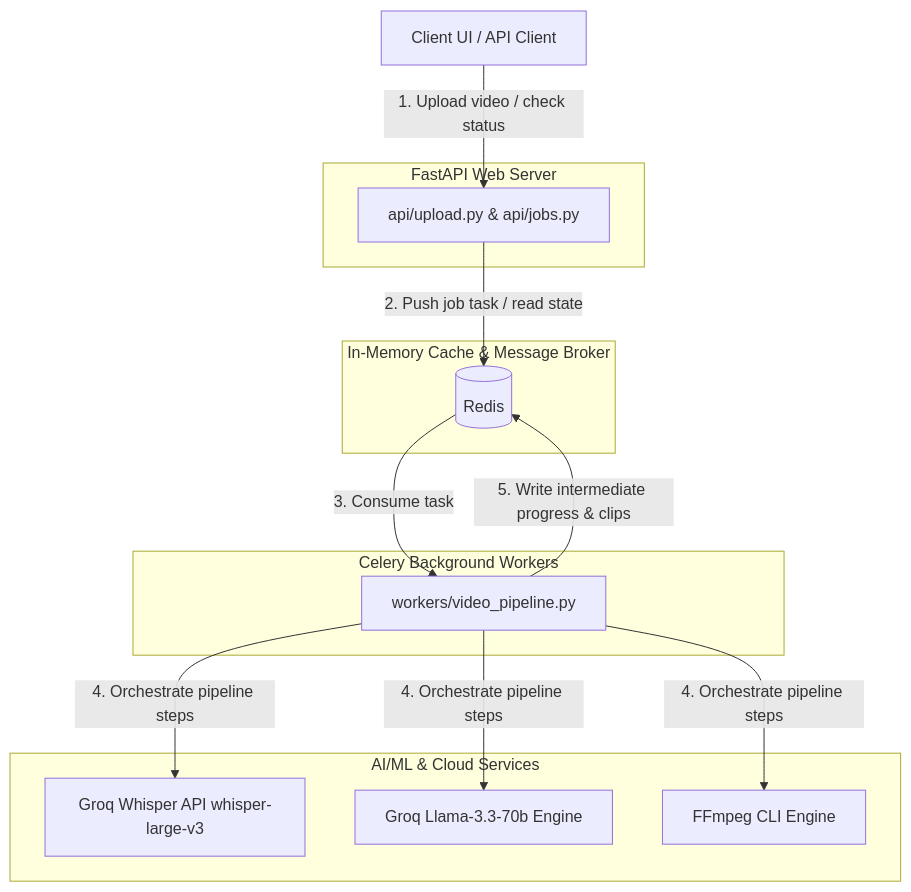
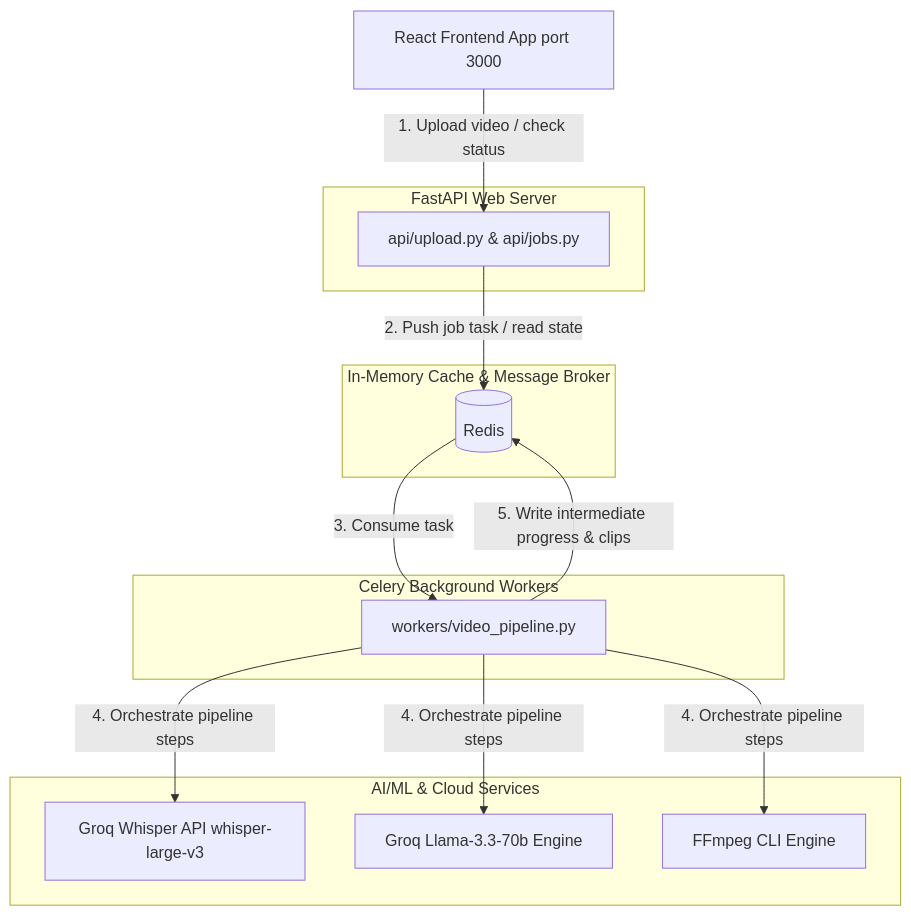
Before and after one commit to kanak227/Framey: the first of 2 diagrams in ARCHITECTURE.md, drawn with Mermaid. The commit also changed other lines of this file and 19 other files, not shown here.

Commit message:
feat: implement React Vite frontend client and update docker compose

````diff
--- a/ARCHITECTURE.md
+++ b/ARCHITECTURE.md
@@ -11,30 +11,30 @@
 ```mermaid
 graph TD
-    Client[Client UI / API Client]
+    Client[React Frontend App port 3000]
     
     subgraph FastAPI Web Server
         API[api/upload.py & api/jobs.py]
     end
     
     subgraph In-Memory Cache & Message Broker
         Redis[(Redis)]
     end
     
     subgraph Celery Background Workers
         Worker[workers/video_pipeline.py]
     end
     
     subgraph AI/ML & Cloud Services
         Whisper[Groq Whisper API whisper-large-v3]
         Groq[Groq Llama-3.3-70b Engine]
         FFmpeg[FFmpeg CLI Engine]
     end
     
     Client -->|1. Upload video / check status| API
     API -->|2. Push job task / read state| Redis
     Redis -->|3. Consume task| Worker
     Worker -->|4. Orchestrate pipeline steps| Whisper
     Worker -->|4. Orchestrate pipeline steps| Groq
     Worker -->|4. Orchestrate pipeline steps| FFmpeg
     Worker -->|5. Write intermediate progress & clips| Redis
 ```
````
